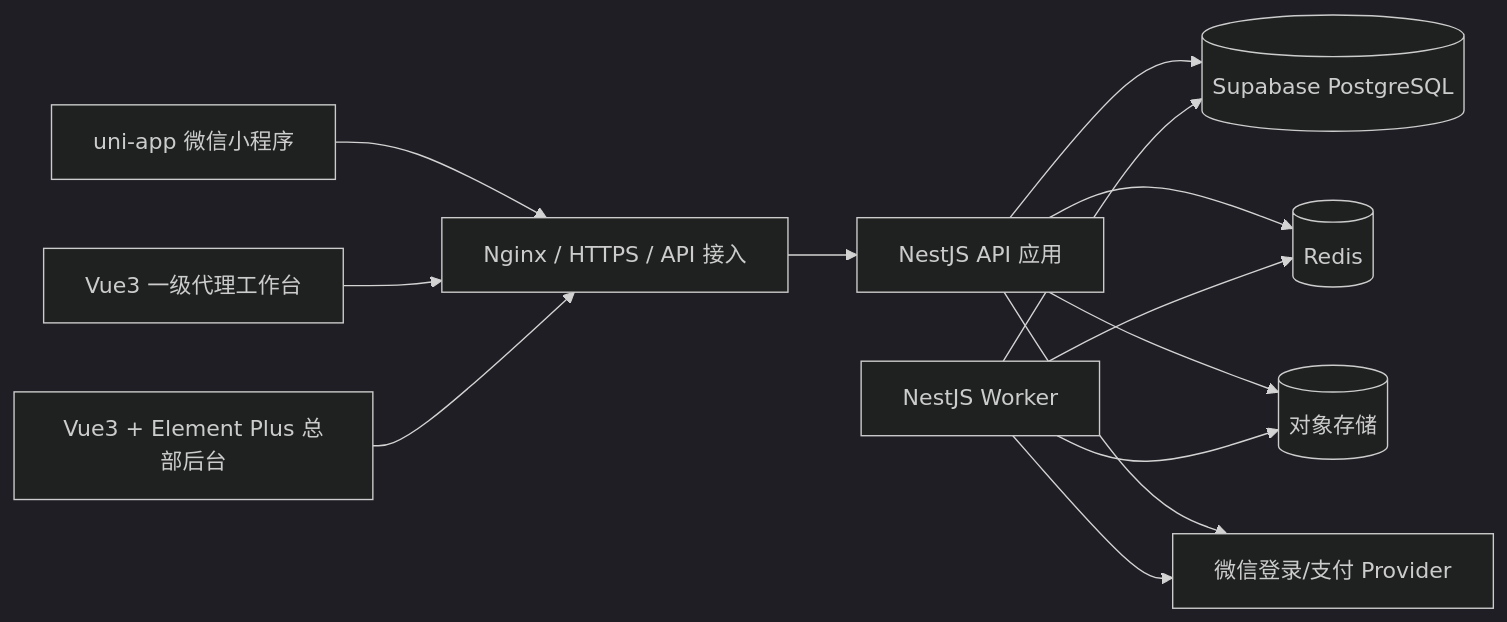
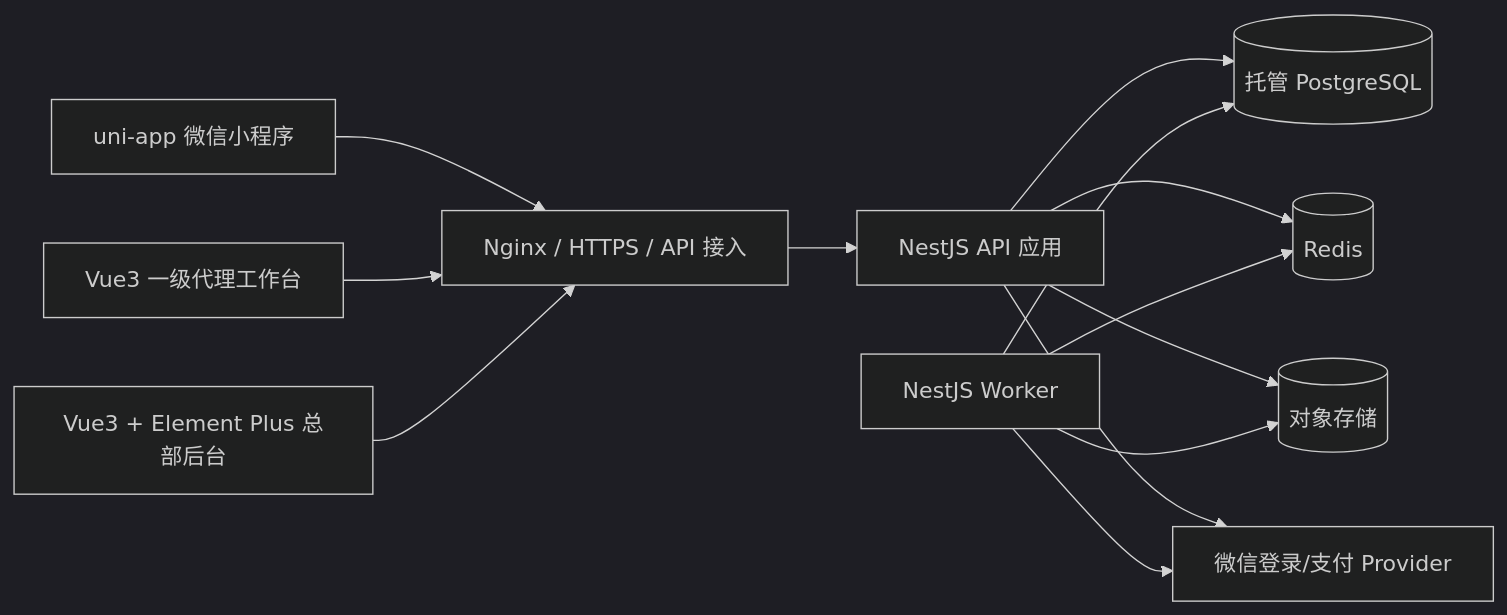
The diagram in product-materials/docs/03-技术设计/技术架构说明.md (wuyu222dii/Frontend-ToC-Portal-Admin-Backend-Management-System-for-Private-Domain-Mall), drawn with Mermaid (dark theme) before and after one commit. The commit also changed other lines of this file and 51 other files, not shown here.

````diff
--- a/product-materials/docs/03-技术设计/技术架构说明.md
+++ b/product-materials/docs/03-技术设计/技术架构说明.md
@@ -22,26 +22,26 @@
 ```mermaid
 flowchart LR
     MP[uni-app 微信小程序]
     AGT[Vue3 一级代理工作台]
     ADM[Vue3 + Element Plus 总部后台]
     GW[Nginx / HTTPS / API 接入]
     API[NestJS API 应用]
     WK[NestJS Worker]
-    DB[(Supabase PostgreSQL)]
+    DB[(托管 PostgreSQL)]
     RD[(Redis)]
     OS[(对象存储)]
     WX[微信登录/支付 Provider]
 
     MP --> GW
     AGT --> GW
     ADM --> GW
     GW --> API
     API --> DB
     API --> RD
     API --> OS
     API --> WX
     WK --> DB
     WK --> RD
     WK --> OS
     WK --> WX
 ```
````
